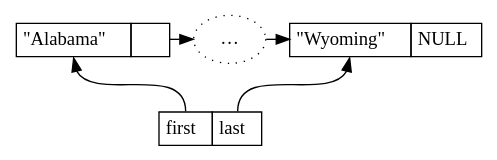
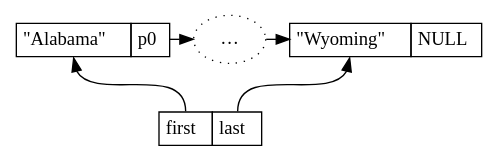
One commit to ronan-d/separation-logic-presentation changed the diagram in queue.dot. Above: the diagram before and after it, drawn with Graphviz. The commit also changed 1 other file, not shown here.

```diff
--- a/queue.dot
+++ b/queue.dot
@@ -1,44 +1,42 @@
 digraph List {
     rankdir = BT;
 
     queue [shape = plain, margin = 0, label = <
         <TABLE BORDER="0" CELLBORDER="1" CELLSPACING="0" CELLPADDING="4">
             <TR>
                 <TD PORT="f">first</TD>
                 <TD PORT="l">last</TD>
             </TR>
         </TABLE>
     >]
 
-    node [shape=box];
-
     subgraph cells {
         rank=same;
 
-        c1 [shape=plain, margin=0, label = <
+        c1 [shape = plain, margin = 0, label = <
             <TABLE BORDER="0" CELLBORDER="1" CELLSPACING="0" CELLPADDING="4">
                 <TR>
                     <TD PORT="elem">"Alabama"</TD>
-                    <TD PORT="link">    </TD>
+                    <TD>p0</TD>
                 </TR>
             </TABLE>
         >]
 
-        c2 [shape=ellipse, style = dotted, label = "…"]
+        c2 [shape = ellipse, style = dotted, label = "…"]
 
-        c3 [shape=none, margin=0, label = <
+        c3 [shape = plain, margin = 0, label = <
             <TABLE BORDER="0" CELLBORDER="1" CELLSPACING="0" CELLPADDING="4">
                 <TR>
                     <TD PORT="elem">"Wyoming"</TD>
-                    <TD PORT="link">NULL</TD>
+                    <TD>NULL</TD>
                 </TR>
             </TABLE>
         >]
 
         c1 -> c2;
         c2 -> c3;
     }
 
     queue:f:n -> c1:elem:s;
     queue:l:n -> c3:elem:s;
 }
```
